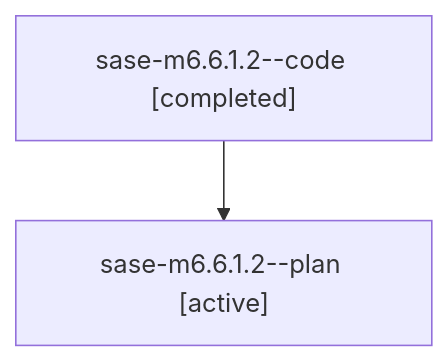
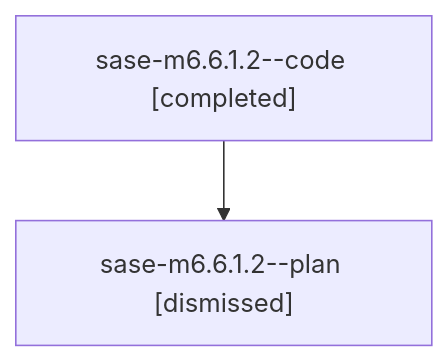
Before and after one commit to sase-org/sase--agents: the diagram in sessions/bbugyi200.athena.sase-m6.6.1.2.md, drawn with Mermaid. The commit also changed other lines of this file and 187 other files, not shown here.

````diff
--- a/sessions/bbugyi200.athena.sase-m6.6.1.2.md
+++ b/sessions/bbugyi200.athena.sase-m6.6.1.2.md
@@ -9,6 +9,6 @@
 ```mermaid
 flowchart TD
   n0["sase-m6.6.1.2--code [completed]"]
-  n1["sase-m6.6.1.2--plan [active]"]
+  n1["sase-m6.6.1.2--plan [dismissed]"]
   n0 --> n1
 ```
````
